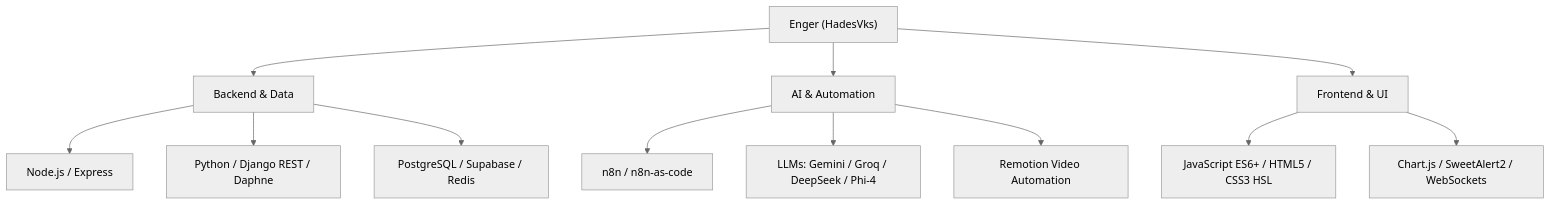
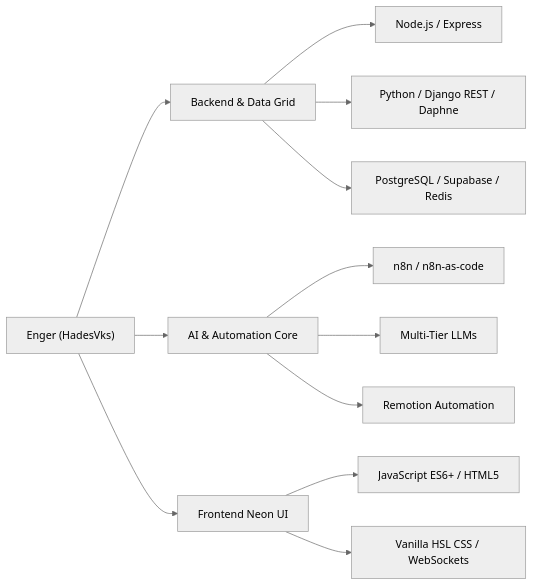
The diagram in README.md (HadesVks/HadesVks), drawn with Mermaid (neutral theme) before and after one commit. The commit also changed other lines of this file, not shown here.

````diff
--- a/README.md
+++ b/README.md
@@ -57,17 +65,17 @@
 ```mermaid
-graph TD
-    A["Enger (HadesVks)"] --> B["Backend & Data"]
-    A --> C["AI & Automation"]
-    A --> D["Frontend & UI"]
-    
+graph LR
+    A["Enger (HadesVks)"] --> B["Backend & Data Grid"]
+    A --> C["AI & Automation Core"]
+    A --> D["Frontend Neon UI"]
+
     B --> B1["Node.js / Express"]
     B --> B2["Python / Django REST / Daphne"]
     B --> B3["PostgreSQL / Supabase / Redis"]
 
     C --> C1["n8n / n8n-as-code"]
-    C --> C2["LLMs: Gemini / Groq / DeepSeek / Phi-4"]
-    C --> C3["Remotion Video Automation"]
+    C --> C2["Multi-Tier LLMs"]
+    C --> C3["Remotion Automation"]
 
-    D --> D1["JavaScript ES6+ / HTML5 / CSS3 HSL"]
-    D --> D2["Chart.js / SweetAlert2 / WebSockets"]
+    D --> D1["JavaScript ES6+ / HTML5"]
+    D --> D2["Vanilla HSL CSS / WebSockets"]
 ```
````
